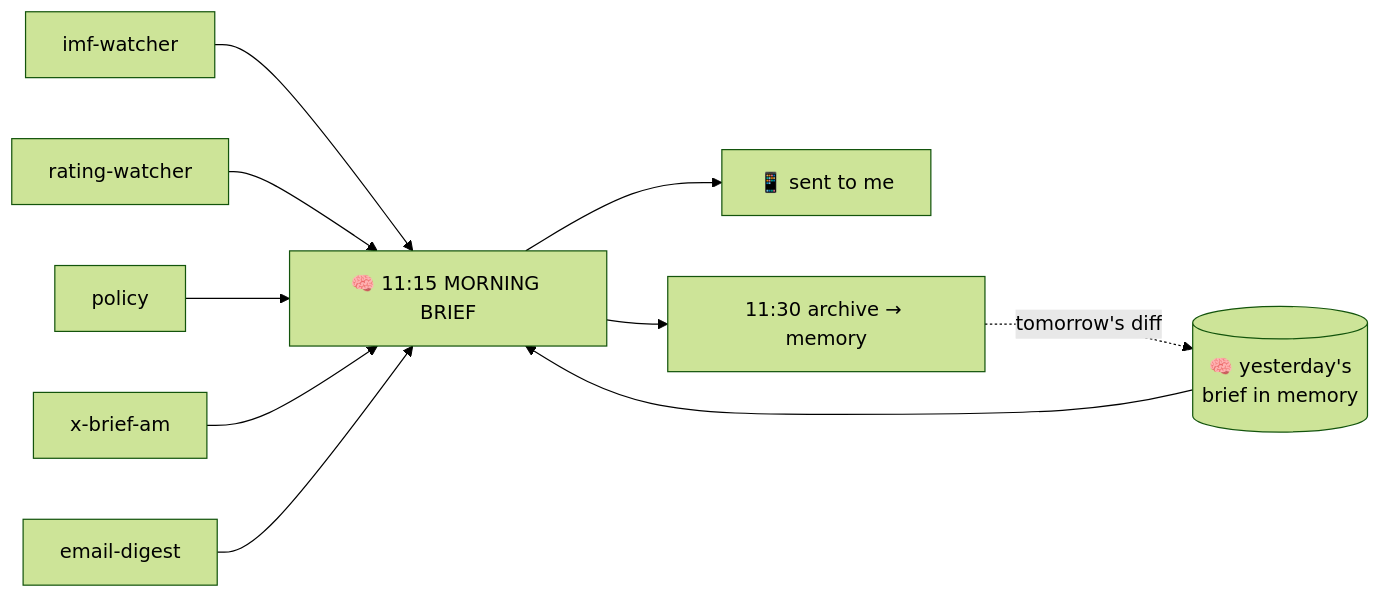
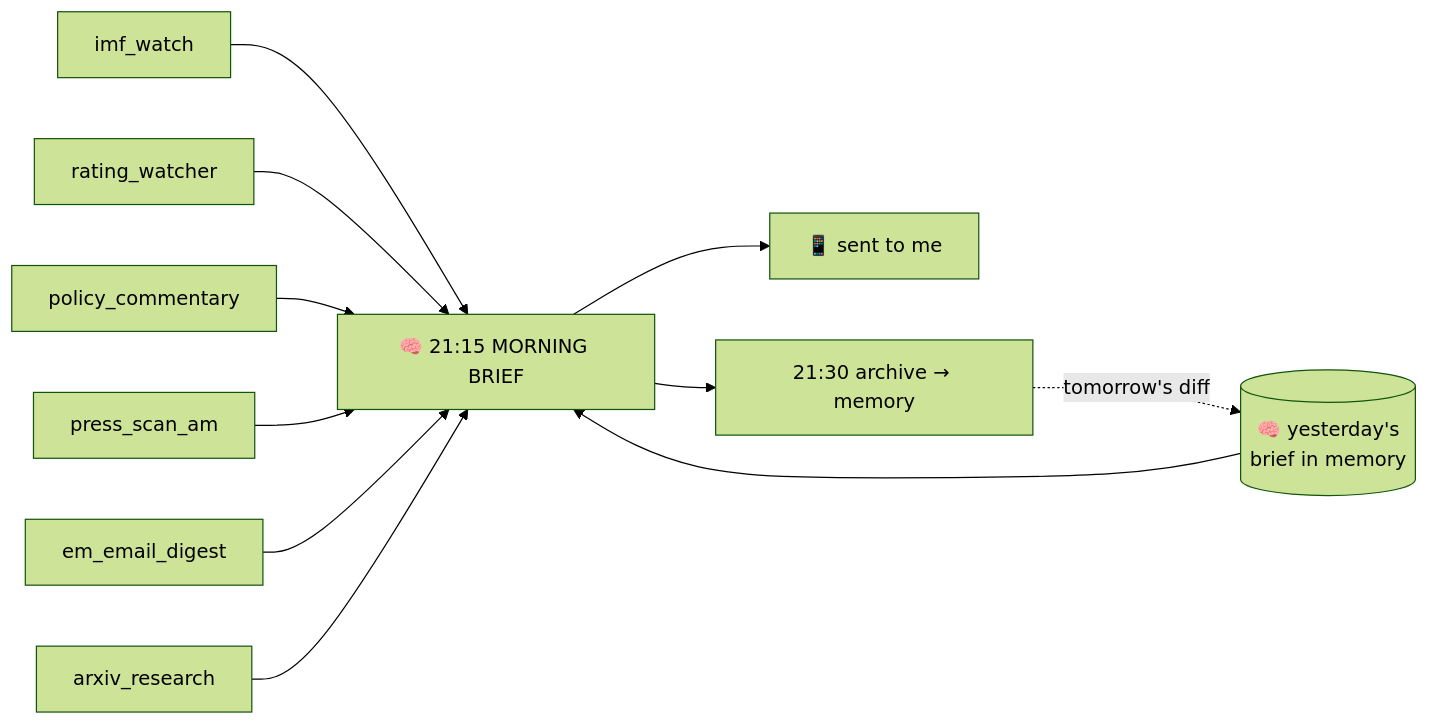
The first of 4 diagrams in docs/06-the-schedule.md (nickmuchi87/hermes-agents-showcase), drawn with Mermaid (forest theme) before and after one commit. The commit also changed other lines of this file and 8 other files, not shown here.

````diff
--- a/docs/06-the-schedule.md
+++ b/docs/06-the-schedule.md
@@ -43,8 +48,8 @@
 ```mermaid
 flowchart LR
-    w1[imf-watcher] & w2[rating-watcher] & w3[policy] & w4[x-brief-am] & w5[email-digest] --> brief[🧠 11:15 MORNING BRIEF]
+    w1[imf_watch] & w2[rating_watcher] & w3[policy_commentary] & w4[press_scan_am] & w5[em_email_digest] & w6[arxiv_research] --> brief[🧠 21:15 MORNING BRIEF]
     mem[(🧠 yesterday's<br/>brief in memory)] --> brief
     brief --> phone[📱 sent to me]
-    brief --> arch[11:30 archive → memory]
+    brief --> arch[21:30 archive → memory]
     arch -.tomorrow's diff.-> mem
 ```
````
